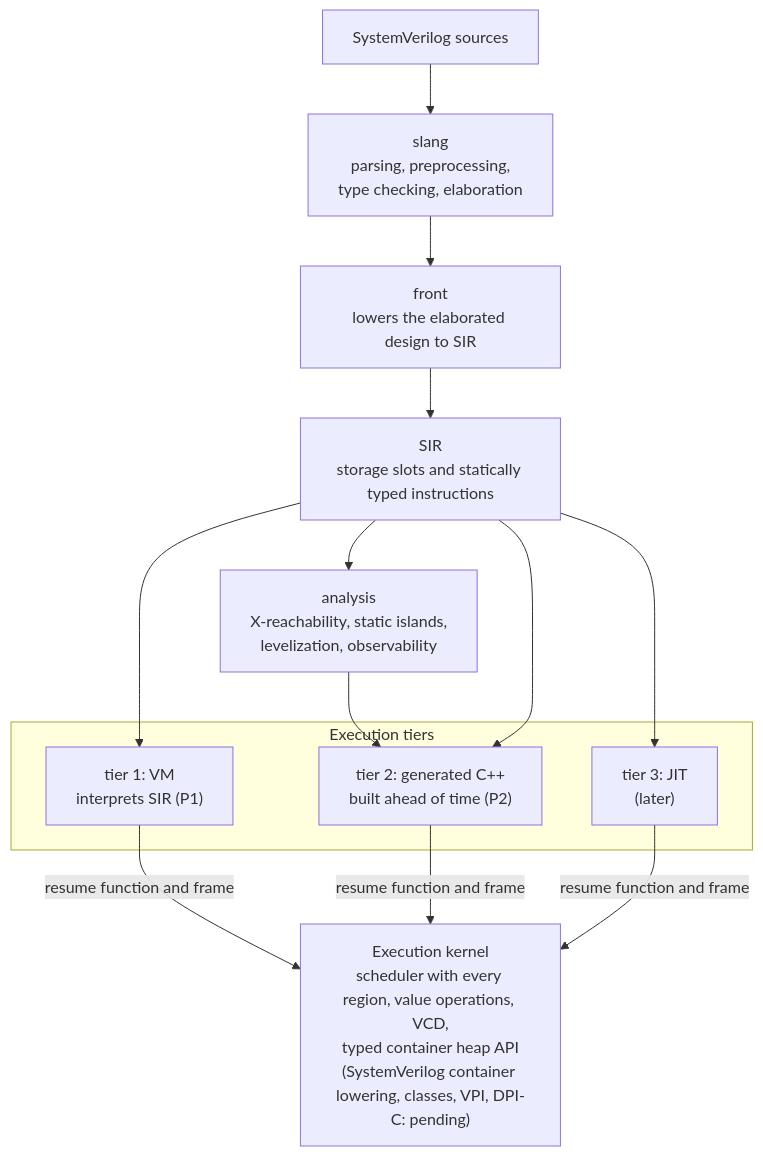
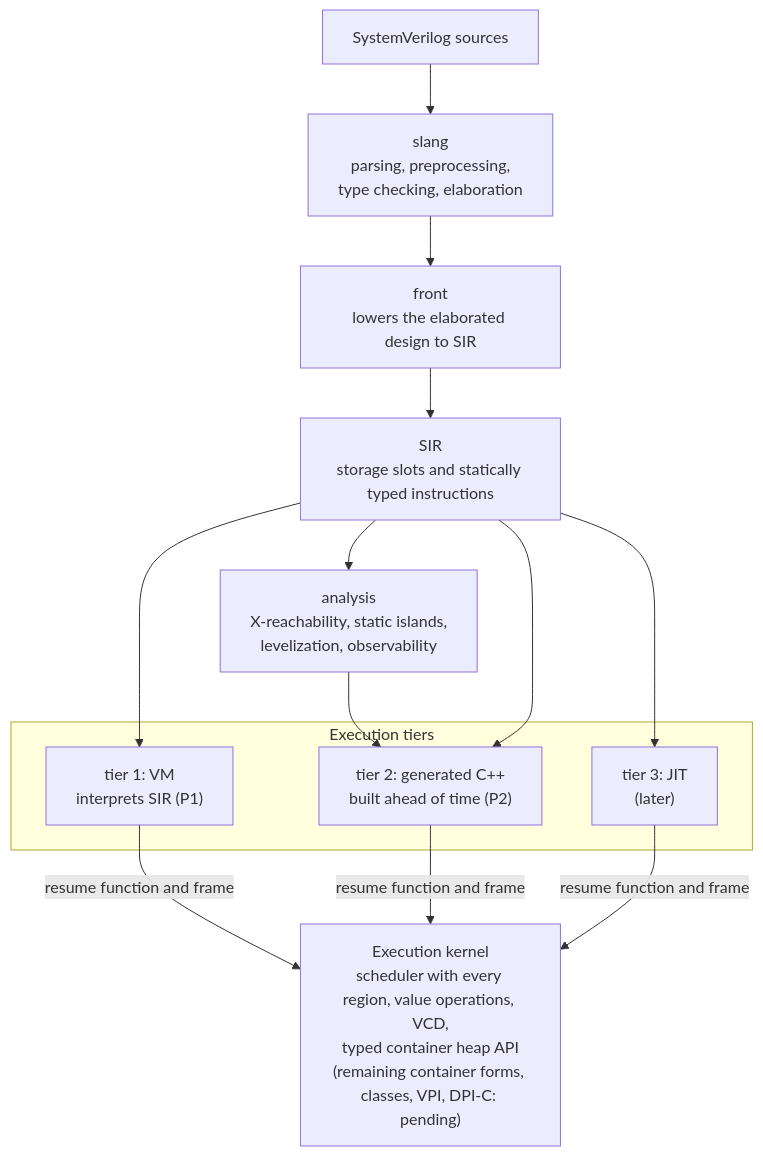
The diagram in README.ja.md (kurochan001/kirimasim), drawn with Mermaid before and after one commit. The commit also changed other lines of this file and 15 other files, not shown here.

First line of the commit message:
Document container execution and expand the comparison inventory

````diff
--- a/README.ja.md
+++ b/README.ja.md
@@ -417,22 +422,22 @@
 ```mermaid
 flowchart TD
     src["SystemVerilog sources"]
     slang["slang<br/>parsing, preprocessing,<br/>type checking, elaboration"]
     front["front<br/>lowers the elaborated design to SIR"]
     sir["SIR<br/>storage slots and statically typed instructions"]
     analysis["analysis<br/>X-reachability, static islands,<br/>levelization, observability"]
     subgraph tiers["Execution tiers"]
         t1["tier 1: VM<br/>interprets SIR (P1)"]
         t2["tier 2: generated C++<br/>built ahead of time (P2)"]
         t3["tier 3: JIT<br/>(later)"]
     end
-    kernel["Execution kernel<br/>scheduler with every region, value operations, VCD,<br/>typed container heap API<br/>(SystemVerilog container lowering, classes, VPI, DPI-C: pending)"]
+    kernel["Execution kernel<br/>scheduler with every region, value operations, VCD,<br/>typed container heap API<br/>(remaining container forms, classes, VPI, DPI-C: pending)"]
     src --> slang --> front --> sir
     sir --> t1
     sir --> analysis --> t2
     sir --> t2
     sir --> t3
     t1 -->|"resume function and frame"| kernel
     t2 -->|"resume function and frame"| kernel
     t3 -->|"resume function and frame"| kernel
 ```
````
